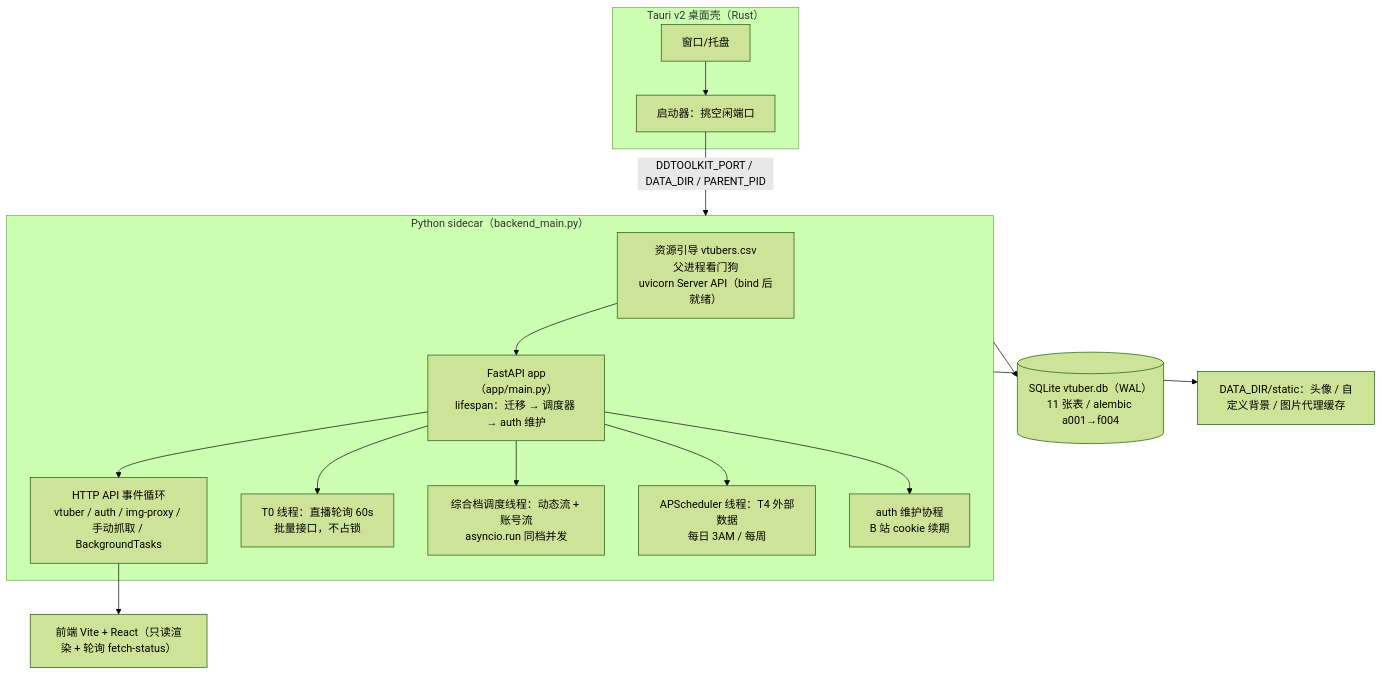
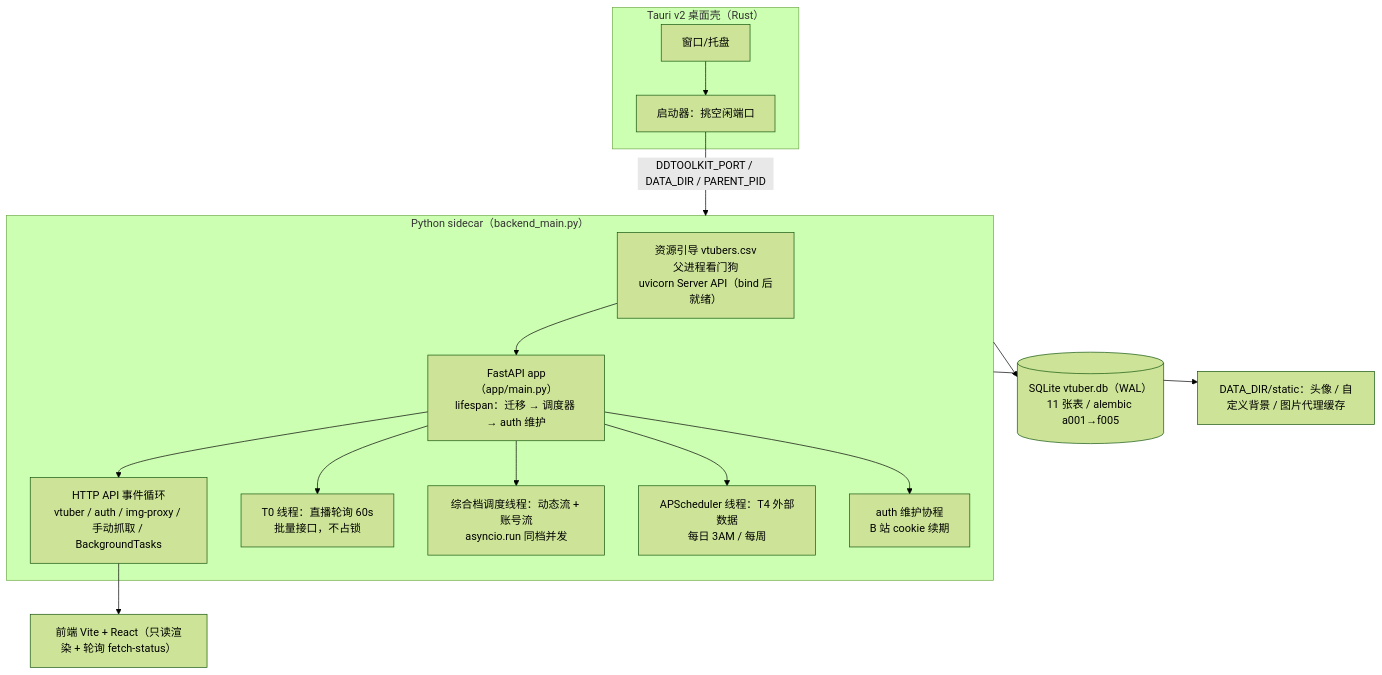
The first of 8 diagrams in docs/ARCHITECTURE.md (Mrslippe/DDToolkit), drawn with Mermaid (forest theme) before and after one commit. The commit also changed other lines of this file and 27 other files, not shown here.

````diff
--- a/docs/ARCHITECTURE.md
+++ b/docs/ARCHITECTURE.md
@@ -23,21 +23,21 @@
 ```mermaid
 flowchart TB
   subgraph Shell["Tauri v2 桌面壳（Rust）"]
     W[窗口/托盘] --> L[启动器：挑空闲端口]
   end
   L -->|"DDTOOLKIT_PORT / DATA_DIR / PARENT_PID"| S
 
   subgraph S["Python sidecar（backend_main.py）"]
     BM["资源引导 vtubers.csv<br/>父进程看门狗<br/>uvicorn Server API（bind 后就绪）"]
     BM --> APP["FastAPI app（app/main.py）<br/>lifespan：迁移 → 调度器 → auth 维护"]
     APP --> HTTP["HTTP API 事件循环<br/>vtuber / auth / img-proxy / 手动抓取 / BackgroundTasks"]
     APP --> T0["T0 线程：直播轮询 60s<br/>批量接口，不占锁"]
     APP --> TIER["综合档调度线程：动态流 + 账号流<br/>asyncio.run 同档并发"]
     APP --> APS["APScheduler 线程：T4 外部数据<br/>每日 3AM / 每周"]
     APP --> AUTH["auth 维护协程<br/>B 站 cookie 续期"]
   end
 
-  S --> DB[("SQLite vtuber.db（WAL）<br/>11 张表 / alembic a001→f004")]
+  S --> DB[("SQLite vtuber.db（WAL）<br/>11 张表 / alembic a001→f005")]
   S --> FS["DATA_DIR/static：头像 / 自定义背景 / 图片代理缓存"]
   HTTP --> UI["前端 Vite + React（只读渲染 + 轮询 fetch-status）"]
 ```
````
